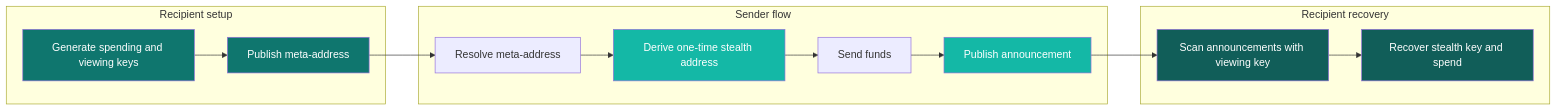
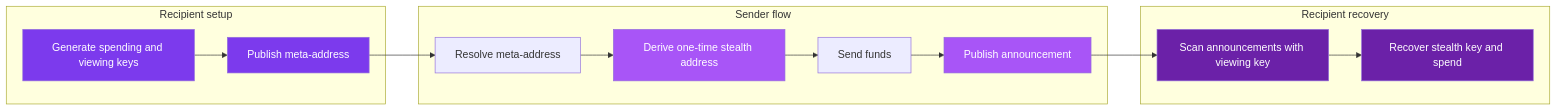
The diagram in docs/index.mdx (specter-privacy/docs), drawn with Mermaid before and after one commit. The commit also changed other lines of this file and 81 other files, not shown here.

````diff
--- a/docs/index.mdx
+++ b/docs/index.mdx
@@ -65,32 +75,32 @@
 ```mermaid
 flowchart LR
     subgraph Recipient["Recipient setup"]
         A["Generate spending and viewing keys"]
         B["Publish meta-address"]
         A --> B
     end
 
     subgraph Sender["Sender flow"]
         C["Resolve meta-address"]
         D["Derive one-time stealth address"]
         E["Send funds"]
         F["Publish announcement"]
         C --> D --> E --> F
     end
 
     subgraph Recovery["Recipient recovery"]
         G["Scan announcements with viewing key"]
         H["Recover stealth key and spend"]
         G --> H
     end
 
     B --> C
     F --> G
 
-    style A fill:#0F766E,color:#fff
-    style B fill:#0F766E,color:#fff
-    style D fill:#14B8A6,color:#fff
-    style F fill:#14B8A6,color:#fff
-    style G fill:#115E59,color:#fff
-    style H fill:#115E59,color:#fff
+    style A fill:#7c3aed,color:#fff
+    style B fill:#7c3aed,color:#fff
+    style D fill:#a855f7,color:#fff
+    style F fill:#a855f7,color:#fff
+    style G fill:#6b21a8,color:#fff
+    style H fill:#6b21a8,color:#fff
 ```
````
